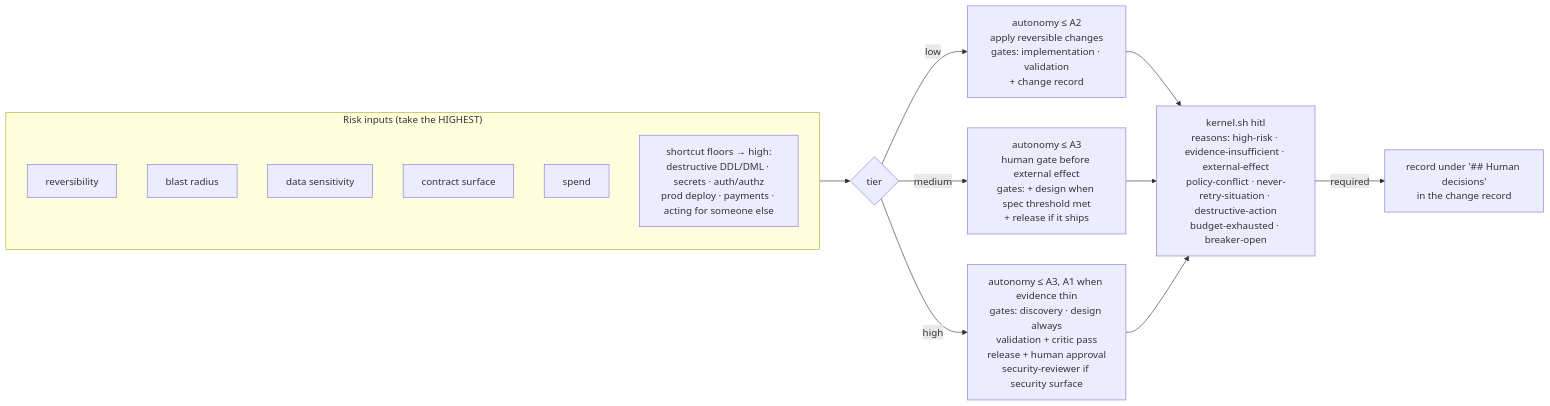
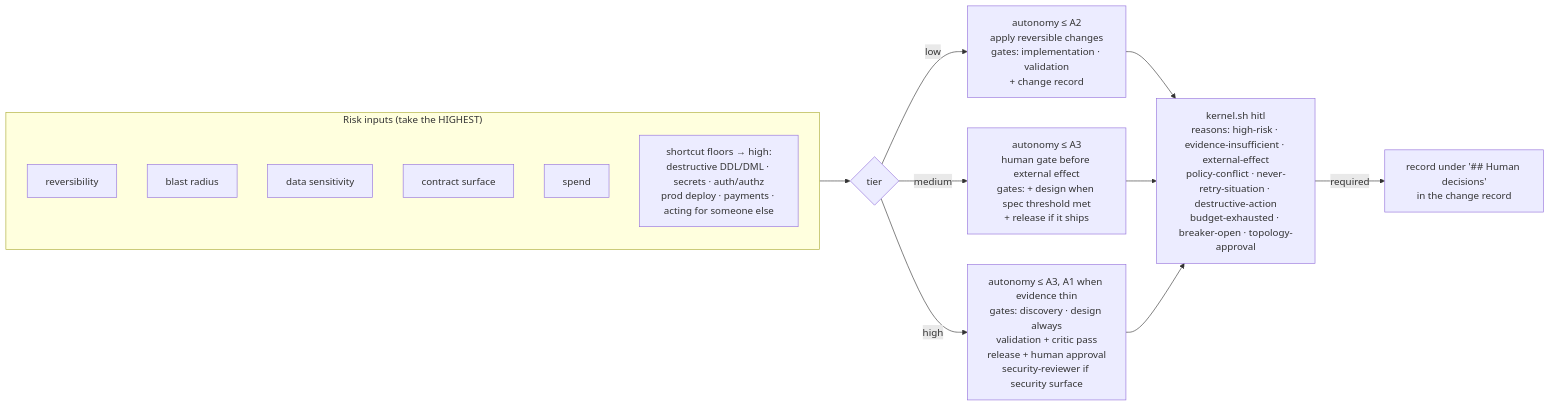
Before and after one commit to ricardofagmerspesia/engineos: the third of 8 diagrams in docs/BIG-PICTURE.md, drawn with Mermaid. The commit also changed other lines of this file and 7 other files, not shown here.

````diff
--- a/docs/BIG-PICTURE.md
+++ b/docs/BIG-PICTURE.md
@@ -194,24 +207,24 @@
 ```mermaid
 flowchart LR
     subgraph IN["Risk inputs (take the HIGHEST)"]
         R1["reversibility"]
         R2["blast radius"]
         R3["data sensitivity"]
         R4["contract surface"]
         R5["spend"]
         FL["shortcut floors → high:<br/>destructive DDL/DML · secrets · auth/authz<br/>prod deploy · payments · acting for someone else"]
     end
 
     IN --> T{tier}
 
     T -->|low| LOW["autonomy ≤ A2<br/>apply reversible changes<br/>gates: implementation · validation<br/>+ change record"]
     T -->|medium| MED["autonomy ≤ A3<br/>human gate before external effect<br/>gates: + design when spec threshold met<br/>+ release if it ships"]
     T -->|high| HIGH["autonomy ≤ A3, A1 when evidence thin<br/>gates: discovery · design always<br/>validation + critic pass<br/>release + human approval<br/>security-reviewer if security surface"]
 
     LOW --> HITL
     MED --> HITL
     HIGH --> HITL
 
-    HITL["kernel.sh hitl<br/>reasons: high-risk · evidence-insufficient · external-effect<br/>policy-conflict · never-retry-situation · destructive-action<br/>budget-exhausted · breaker-open"]
+    HITL["kernel.sh hitl<br/>reasons: high-risk · evidence-insufficient · external-effect<br/>policy-conflict · never-retry-situation · destructive-action<br/>budget-exhausted · breaker-open · topology-approval"]
     HITL -->|required| HD["record under '## Human decisions'<br/>in the change record"]
 ```
````
